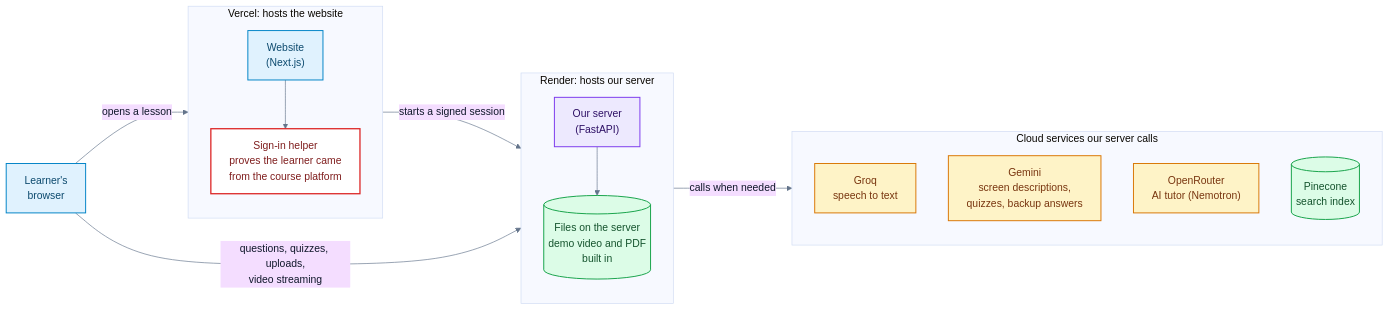
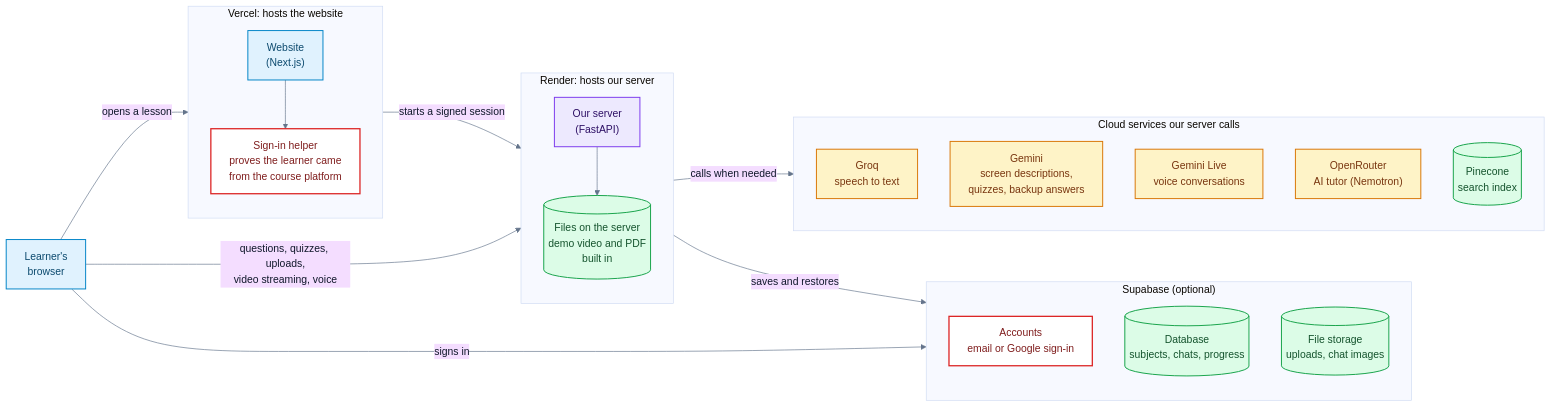
Before and after one commit to Nanu69-batman/ailearn: the third of 12 diagrams in submission/ARCHITECTURE.md, drawn with Mermaid. The commit also changed other lines of this file and 10 other files, not shown here.

First line of the commit message:
docs(submission): accounts and Supabase storage, voice, chat images, auto titles, current test results

````diff
--- a/submission/ARCHITECTURE.md
+++ b/submission/ARCHITECTURE.md
@@ -144,36 +152,45 @@
 ```mermaid
 %%{init: {"theme": "base", "fontFamily": "Arial, Helvetica, sans-serif", "themeVariables": {"fontSize": "16px", "fontFamily": "Arial, Helvetica, sans-serif", "lineColor": "#64748b", "primaryTextColor": "#0f172a"}, "flowchart": {"curve": "basis", "padding": 14, "wrappingWidth": 340}}}%%
 flowchart LR
   B["Learner's<br/>browser"]:::person
   subgraph VER["Vercel: hosts the website"]
     direction TB
     W["Website<br/>(Next.js)"]:::person
     L["Sign-in helper<br/>proves the learner came<br/>from the course platform"]:::check
     W --> L
   end
   subgraph RN["Render: hosts our server"]
     direction TB
     A["Our server<br/>(FastAPI)"]:::server
     D[("Files on the server<br/>demo video and PDF<br/>built in")]:::store
     A --> D
   end
   subgraph CLOUD["Cloud services our server calls"]
     direction TB
     Q["Groq<br/>speech to text"]:::ai
     G["Gemini<br/>screen descriptions,<br/>quizzes, backup answers"]:::ai
+    GL["Gemini Live<br/>voice conversations"]:::ai
     O["OpenRouter<br/>AI tutor (Nemotron)"]:::ai
     P[("Pinecone<br/>search index")]:::store
   end
+  subgraph SUP["Supabase (optional)"]
+    direction TB
+    AU["Accounts<br/>email or Google sign-in"]:::check
+    DB[("Database<br/>subjects, chats, progress")]:::store
+    ST[("File storage<br/>uploads, chat images")]:::store
+  end
   B -->|"opens a lesson"| VER
+  B -->|"signs in"| AU
   VER -->|"starts a signed session"| RN
-  B -->|"questions, quizzes, uploads,<br/>video streaming"| RN
+  B -->|"questions, quizzes, uploads,<br/>video streaming, voice"| RN
   RN -->|"calls when needed"| CLOUD
+  RN -->|"saves and restores"| SUP
 
   classDef person fill:#e0f2fe,stroke:#0284c7,color:#0c4a6e,stroke-width:1.5px
   classDef server fill:#ede9fe,stroke:#7c3aed,color:#2e1065,stroke-width:1.5px
   classDef ai fill:#fef3c7,stroke:#d97706,color:#78350f,stroke-width:1.5px
   classDef store fill:#dcfce7,stroke:#16a34a,color:#14532d,stroke-width:1.5px
   classDef check fill:#ffffff,stroke:#dc2626,color:#7f1d1d,stroke-width:2px
   classDef good fill:#d1fae5,stroke:#059669,color:#064e3b,stroke-width:2px
   classDef stop fill:#fee2e2,stroke:#dc2626,color:#7f1d1d,stroke-width:1.5px
 ```
````
